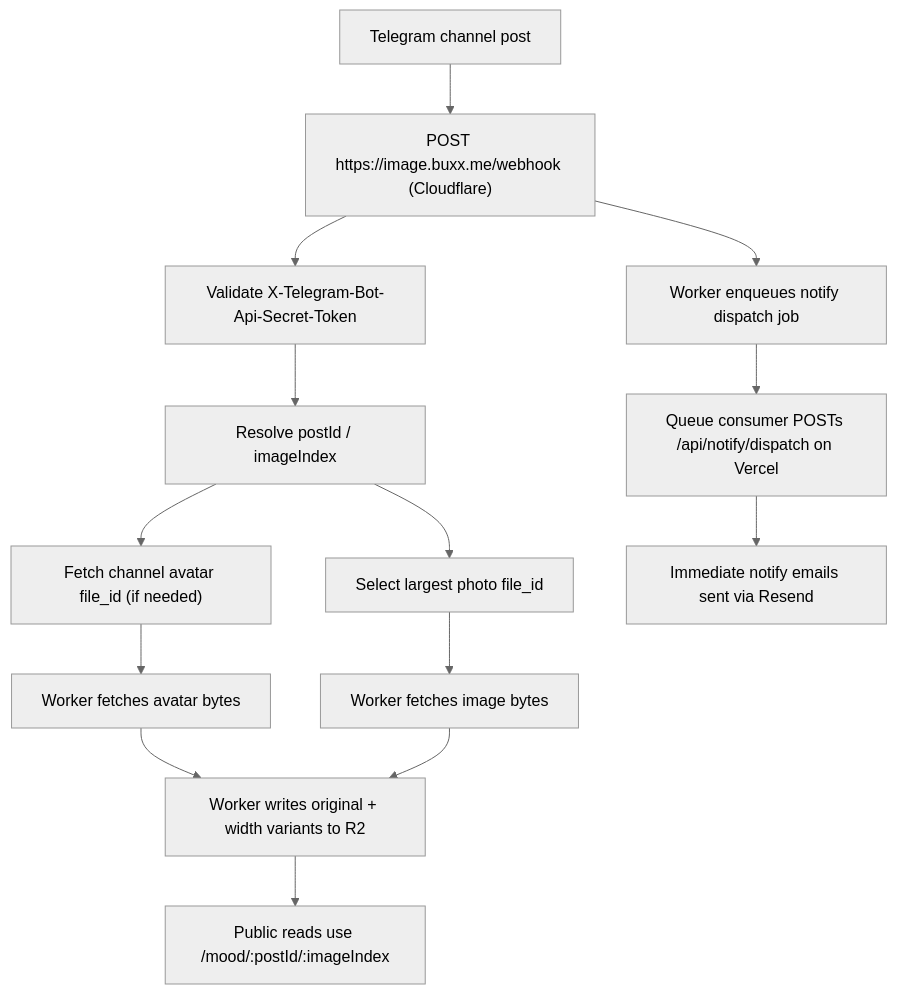
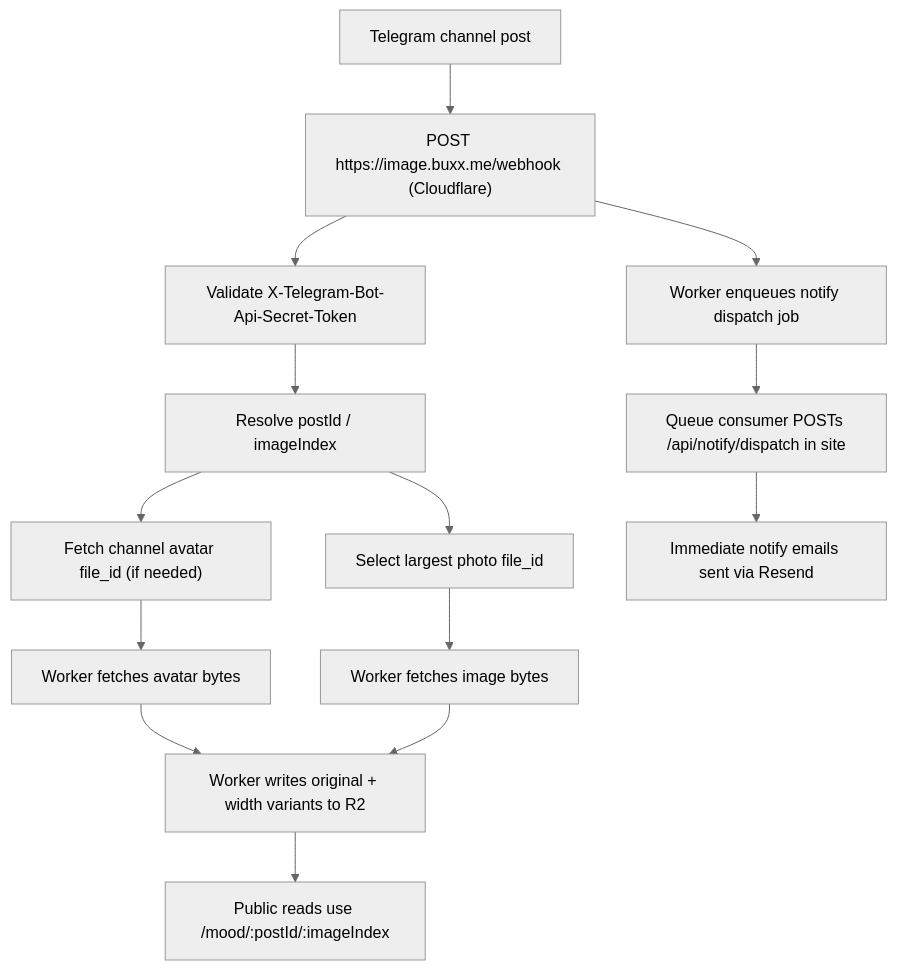
Before and after one commit to bunizao/site: the diagram in src/content/docs/docs/pipeline/telegram.md, drawn with Mermaid (neutral theme). The commit also changed other lines of this file and 76 other files, not shown here.

````diff
--- a/src/content/docs/docs/pipeline/telegram.md
+++ b/src/content/docs/docs/pipeline/telegram.md
@@ -11,16 +11,16 @@
 ```mermaid
 flowchart TD
   A["Telegram channel post"] --> B["POST https://image.buxx.me/webhook (Cloudflare)"]
   B --> C["Validate X-Telegram-Bot-Api-Secret-Token"]
   C --> D["Resolve postId / imageIndex"]
   D --> E["Fetch channel avatar file_id (if needed)"]
   D --> F["Select largest photo file_id"]
   E --> G["Worker fetches avatar bytes"]
   F --> H["Worker fetches image bytes"]
   G --> I["Worker writes original + width variants to R2"]
   H --> I
   I --> J["Public reads use /mood/:postId/:imageIndex"]
   B --> K["Worker enqueues notify dispatch job"]
-  K --> L["Queue consumer POSTs /api/notify/dispatch on Vercel"]
+  K --> L["Queue consumer POSTs /api/notify/dispatch in site"]
   L --> M["Immediate notify emails sent via Resend"]
 ```
````
